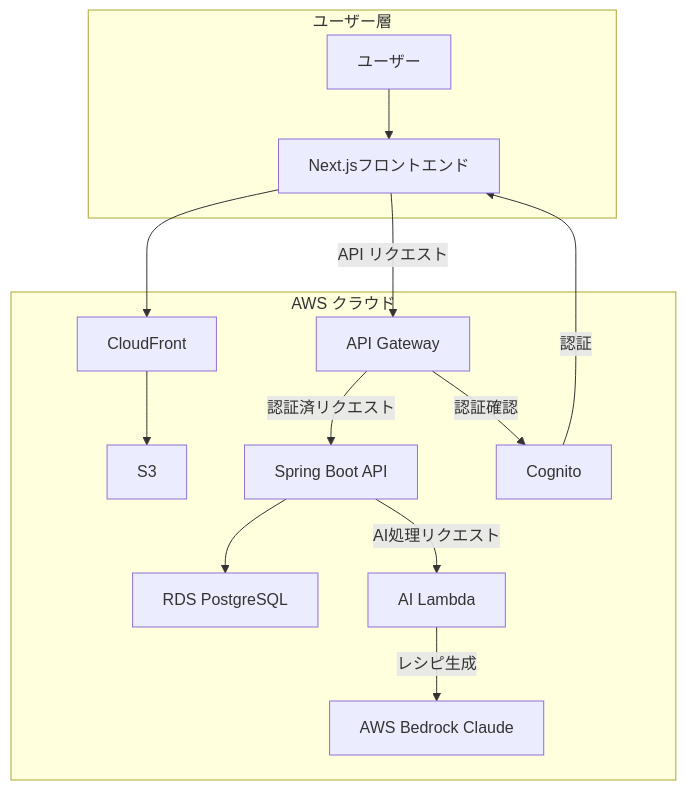
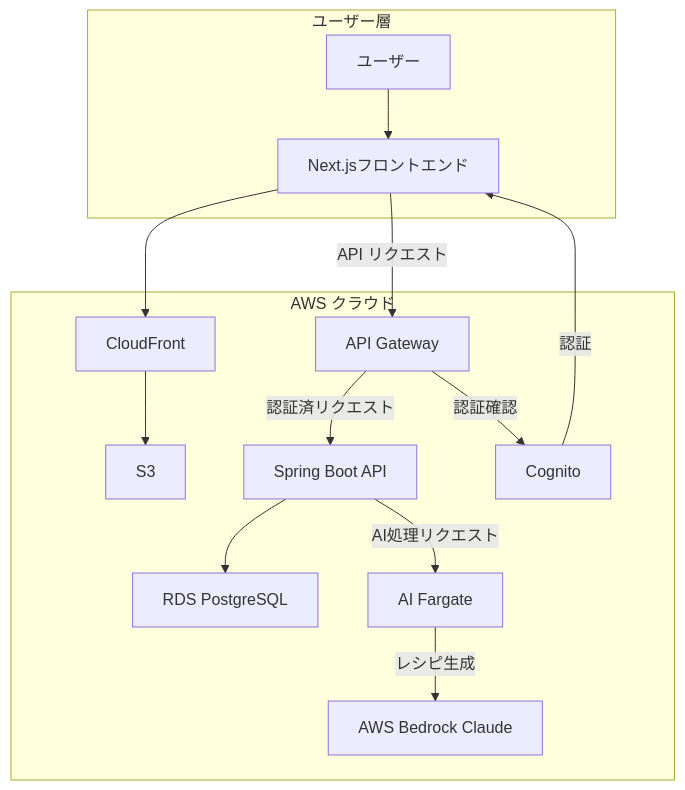
One commit to yoshi88wani/recipe-app changed the first of 3 diagrams in docs/system-design.md. Above: the diagram before and after it, drawn with Mermaid. The commit also changed other lines of this file and 8 other files, not shown here.

````diff
--- a/docs/system-design.md
+++ b/docs/system-design.md
@@ -9,21 +9,21 @@
 ```mermaid
 flowchart TD
     subgraph "ユーザー層"
         A[ユーザー] --> B[Next.jsフロントエンド]
     end
     
     subgraph "AWS クラウド"
         B --> C[CloudFront]
         C --> D[S3]
         
         B -->|API リクエスト| E[API Gateway]
         E -->|認証済リクエスト| F[Spring Boot API]
         
         F --> G[RDS PostgreSQL]
-        F -->|AI処理リクエスト| H[AI Lambda]
+        F -->|AI処理リクエスト| H[AI Fargate]
         H -->|レシピ生成| I[AWS Bedrock Claude]
         
         J[Cognito] -->|認証| B
         E -->|認証確認| J
     end
 ```
````
